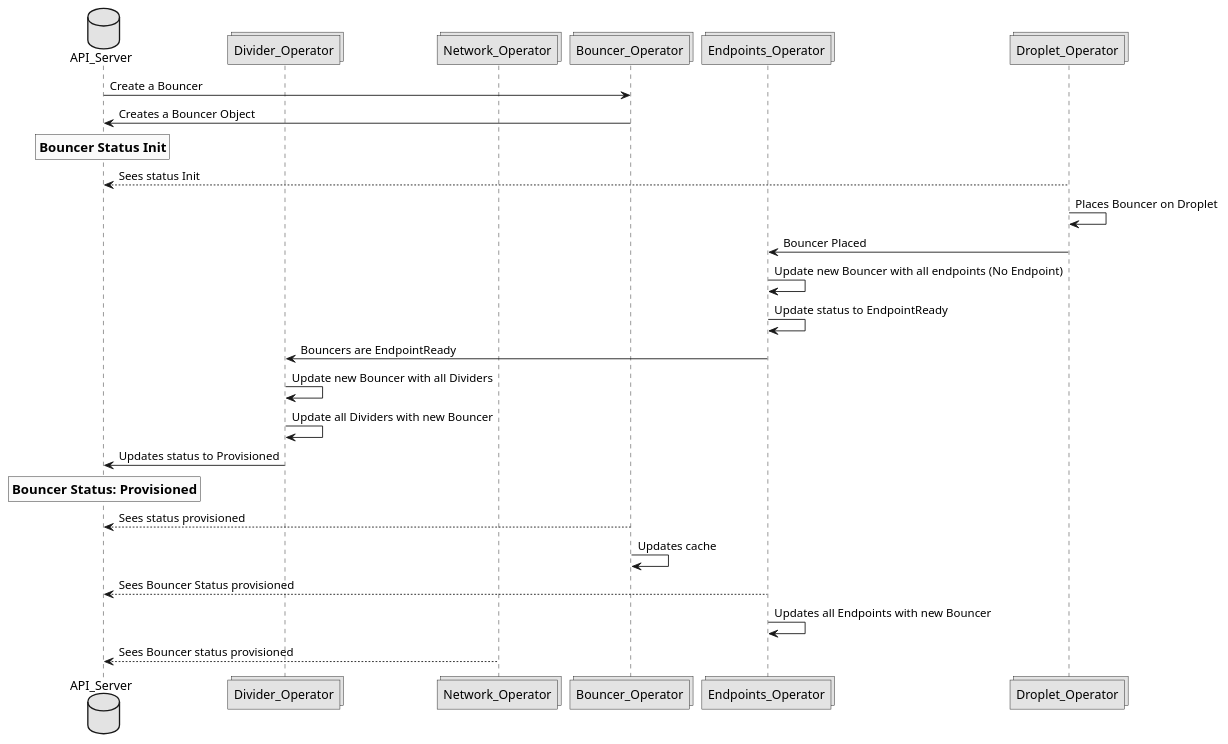
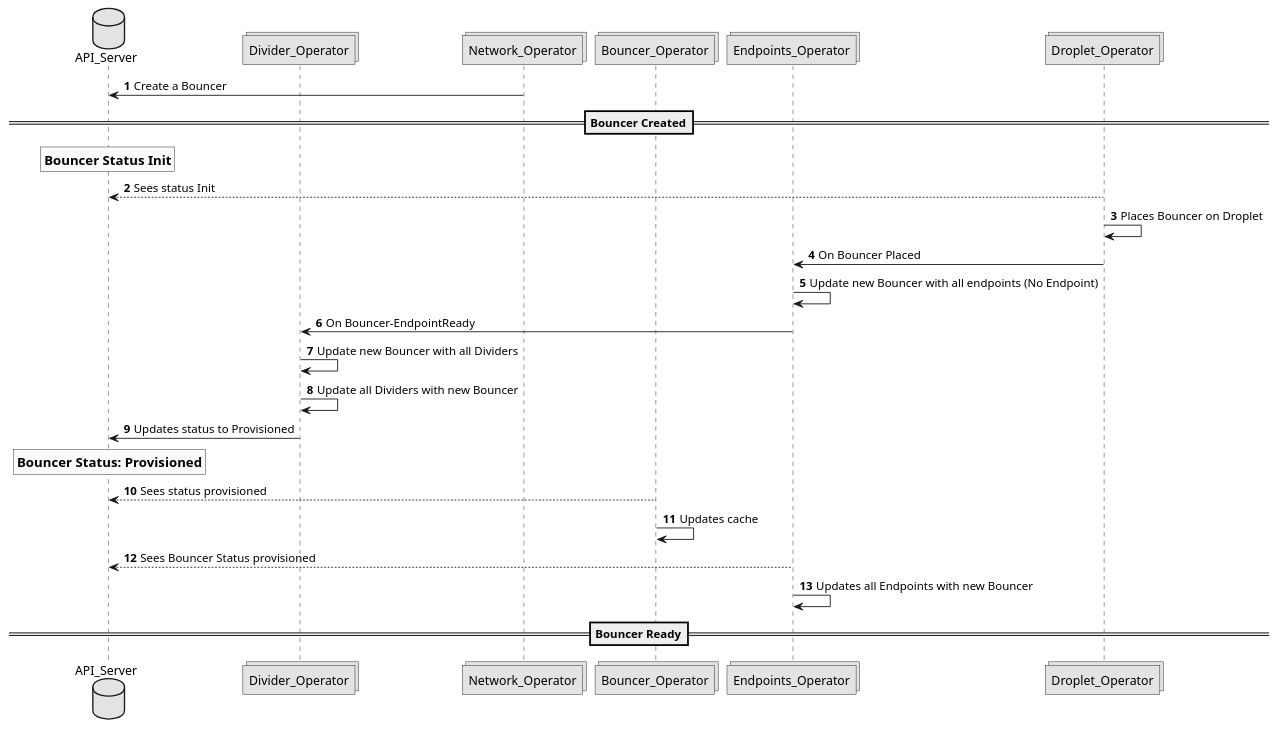
Before and after one commit to CentaurusInfra/mizar: the diagram in Documentation/design/figures/create_bouncer_workflow.puml, drawn with PlantUML. The commit also changed 6 other files, not shown here.

```diff
--- a/Documentation/design/figures/create_bouncer_workflow.puml
+++ b/Documentation/design/figures/create_bouncer_workflow.puml
@@ -1,32 +1,32 @@
 @startuml
 
 skinparam monochrome true
+autonumber
 
 database API_Server
 collections Divider_Operator
 collections Network_Operator
 collections Bouncer_Operator
 collections Endpoints_Operator
 collections Droplet_Operator
 
-API_Server -> Bouncer_Operator: Create a Bouncer
-Bouncer_Operator -> API_Server: Creates a Bouncer Object
+Network_Operator -> API_Server: Create a Bouncer
+==Bouncer Created==
 rnote over API_Server: ==Bouncer Status Init
 Droplet_Operator --> API_Server: Sees status Init
 Droplet_Operator -> Droplet_Operator: Places Bouncer on Droplet
 
-Droplet_Operator -> Endpoints_Operator: Bouncer Placed
+Droplet_Operator -> Endpoints_Operator: On Bouncer Placed
 Endpoints_Operator -> Endpoints_Operator: Update new Bouncer with all endpoints (No Endpoint)
-Endpoints_Operator -> Endpoints_Operator: Update status to EndpointReady
-Endpoints_Operator -> Divider_Operator: Bouncers are EndpointReady
+Endpoints_Operator -> Divider_Operator: On Bouncer-EndpointReady
 Divider_Operator -> Divider_Operator: Update new Bouncer with all Dividers
 Divider_Operator -> Divider_Operator: Update all Dividers with new Bouncer
 Divider_Operator -> API_Server: Updates status to Provisioned
 rnote over API_Server: == Bouncer Status: Provisioned
 
 Bouncer_Operator --> API_Server: Sees status provisioned
 Bouncer_Operator -> Bouncer_Operator: Updates cache
 Endpoints_Operator --> API_Server: Sees Bouncer Status provisioned
 Endpoints_Operator -> Endpoints_Operator: Updates all Endpoints with new Bouncer
-Network_Operator --> API_Server: Sees Bouncer status provisioned
+==Bouncer Ready==
 @enduml
```
